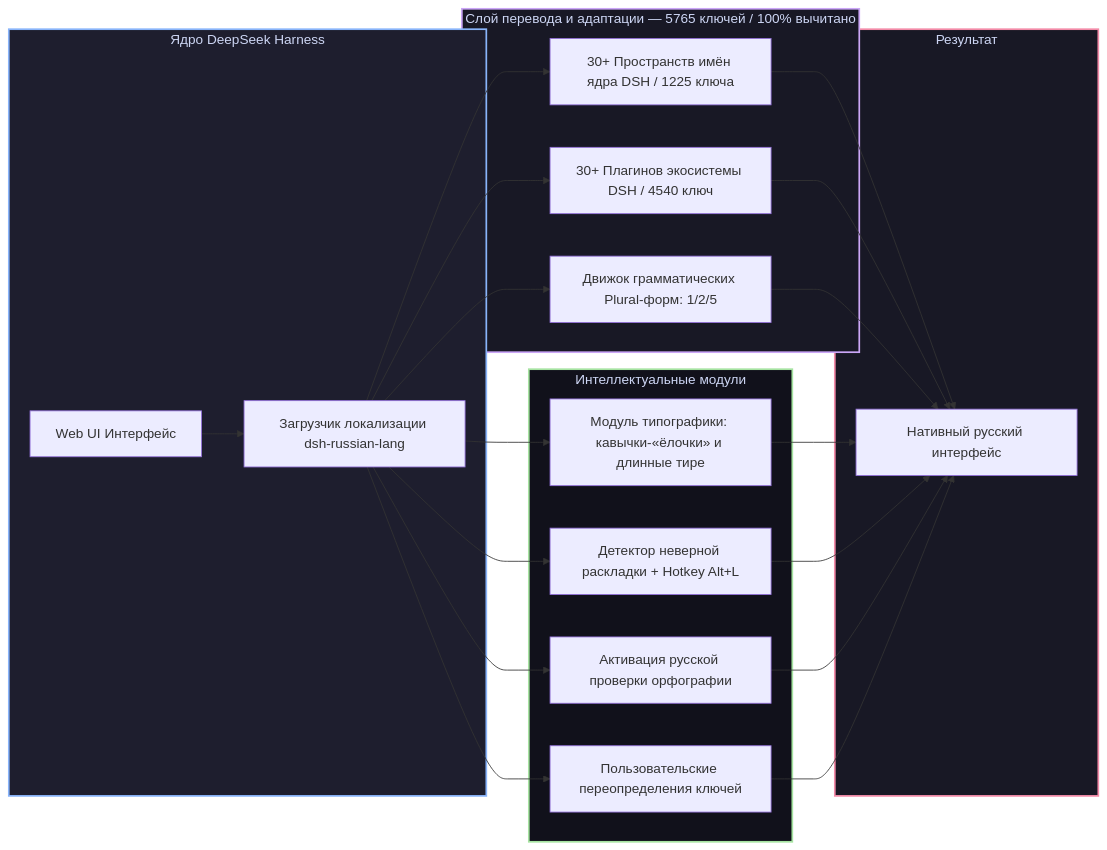
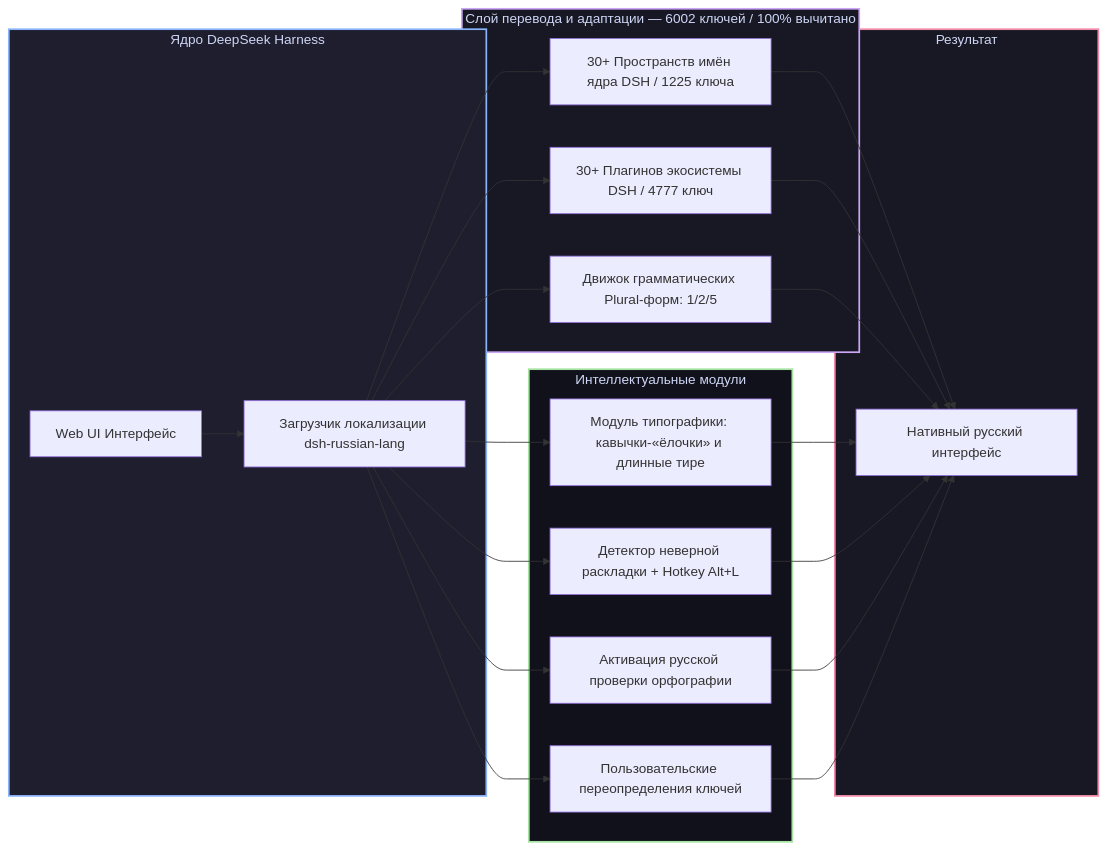
One commit to GooDAnDReaDY/dsh-russian-lang changed the diagram in README.md. Above: the diagram before and after it, drawn with Mermaid. The commit also changed other lines of this file and 15 other files, not shown here.

````diff
--- a/README.md
+++ b/README.md
@@ -39,34 +39,34 @@
 ```mermaid
 graph LR
     subgraph DSHCore [Ядро DeepSeek Harness]
         DSH[Web UI Интерфейс] --> Loader[Загрузчик локализации dsh-russian-lang]
     end
 
-    subgraph TranslationLayer [Слой перевода и адаптации — 5765 ключей / 100% вычитано]
+    subgraph TranslationLayer [Слой перевода и адаптации — 6002 ключей / 100% вычитано]
         Loader --> CoreDict[30+ Пространств имён ядра DSH / 1225 ключа]
-        Loader --> PluginDict[30+ Плагинов экосистемы DSH / 4540 ключ]
+        Loader --> PluginDict[30+ Плагинов экосистемы DSH / 4777 ключ]
         Loader --> PluralEngine[Движок грамматических Plural-форм: 1/2/5]
     end
 
     subgraph SmartFeatures [Интеллектуальные модули]
         Loader --> Typo[Модуль типографики: кавычки-«ёлочки» и длинные тире]
         Loader --> LayoutFix[Детектор неверной раскладки + Hotkey Alt+L]
         Loader --> Spell[Активация русской проверки орфографии]
         Loader --> Overrides[Пользовательские переопределения ключей]
     end
 
     subgraph Result [Результат]
         CoreDict --> NativeUI[Нативный русский интерфейс]
         PluginDict --> NativeUI
         PluralEngine --> NativeUI
         Typo --> NativeUI
         LayoutFix --> NativeUI
         Spell --> NativeUI
         Overrides --> NativeUI
     end
 
     style DSHCore fill:#1e1e2e,stroke:#89b4fa,stroke-width:2px,color:#cdd6f4
     style TranslationLayer fill:#181825,stroke:#cba6f7,stroke-width:2px,color:#cdd6f4
     style SmartFeatures fill:#11111b,stroke:#a6e3a1,stroke-width:2px,color:#cdd6f4
     style Result fill:#181825,stroke:#f38ba8,stroke-width:2px,color:#cdd6f4
 ```
````
